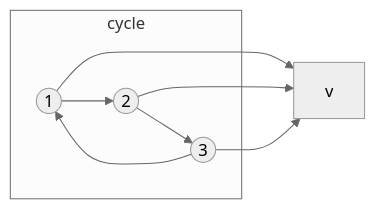
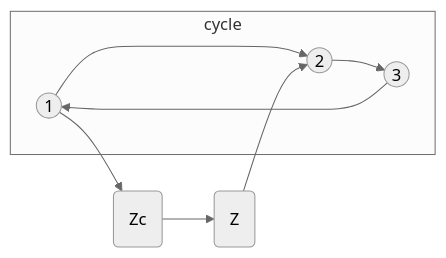
One commit to yoonhero/mmmm changed the second of 3 diagrams in discrete_math.md. Above: the diagram before and after it, drawn with Mermaid (neutral theme). The commit also changed other lines of this file, not shown here.

````diff
--- a/discrete_math.md
+++ b/discrete_math.md
@@ -507,10 +509,12 @@
 ```mermaid
 flowchart LR
 	subgraph cycle
 		y1((1))-->y2((2))-->y3((3))-->y1((1))
 	end
+	z(Z)
+	c(Zc)
 
-	y1-->v
-	y2-->v
-	y3-->v
+	y1-->c
+	z-->y2
+	c-->z
 ```
````
